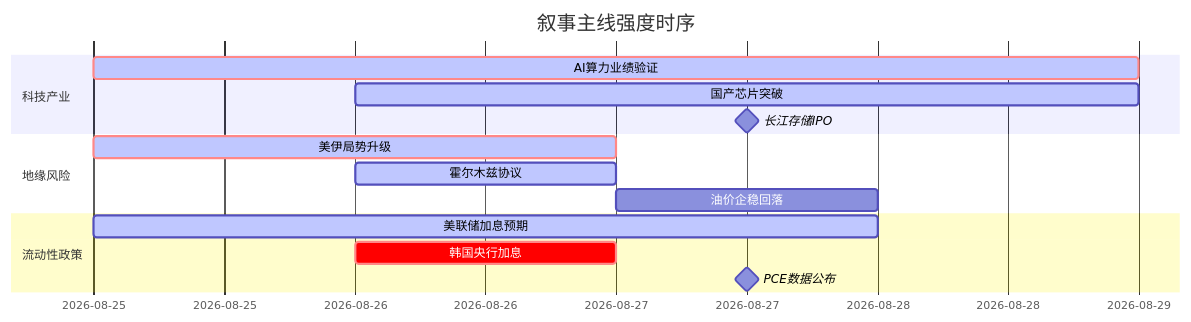
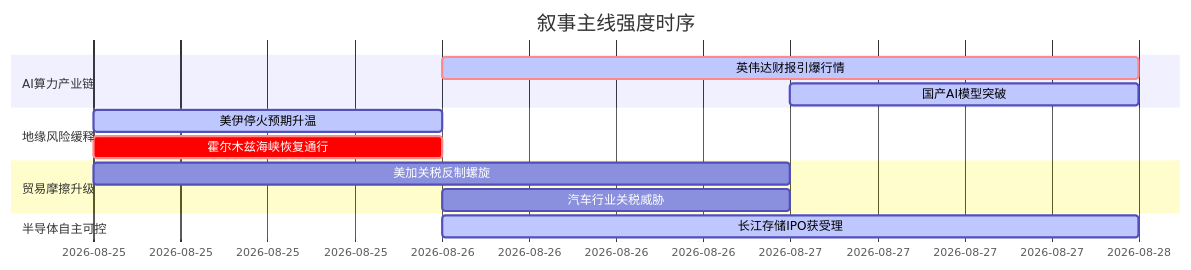
The diagram in 5day_report.md (uu5zn/uu5zn.github.io), drawn with Mermaid before and after one commit. The commit also changed other lines of this file and 23 other files, not shown here.

````diff
--- a/5day_report.md
+++ b/5day_report.md
@@ -58,19 +73,19 @@
 ```mermaid
 gantt
     title 叙事主线强度时序
     dateFormat YYYY-MM-DD
-    section 科技产业
-    AI算力业绩验证   :crit, active, 2026-08-25, 4d
-    国产芯片突破     :active, 2026-08-26, 3d
-    长江存储IPO      :milestone, 2026-08-27, 1d
+    section AI算力产业链
+    英伟达财报引爆行情   :crit, active, 2026-08-26, 2d
+    国产AI模型突破      :active, 2026-08-27, 1d
     
-    section 地缘风险
-    美伊局势升级     :crit, active, 2026-08-25, 2d
-    霍尔木兹协议     :active, 2026-08-26, 1d
-    油价企稳回落     :2026-08-27, 1d
+    section 地缘风险缓释
+    美伊停火预期升温    :active, 2026-08-25, 1d
+    霍尔木兹海峡恢复通行 :crit, 2026-08-25, 1d
     
-    section 流动性政策
-    美联储加息预期   :active, 2026-08-25, 3d
-    韩国央行加息     :crit, 2026-08-26, 1d
-    PCE数据公布      :milestone, 2026-08-27, 1d
+    section 贸易摩擦升级
+    美加关税反制螺旋    :2026-08-25, 2d
+    汽车行业关税威胁    :2026-08-26, 1d
+    
+    section 半导体自主可控
+    长江存储IPO获受理   :active, 2026-08-26, 2d
 ```
````
